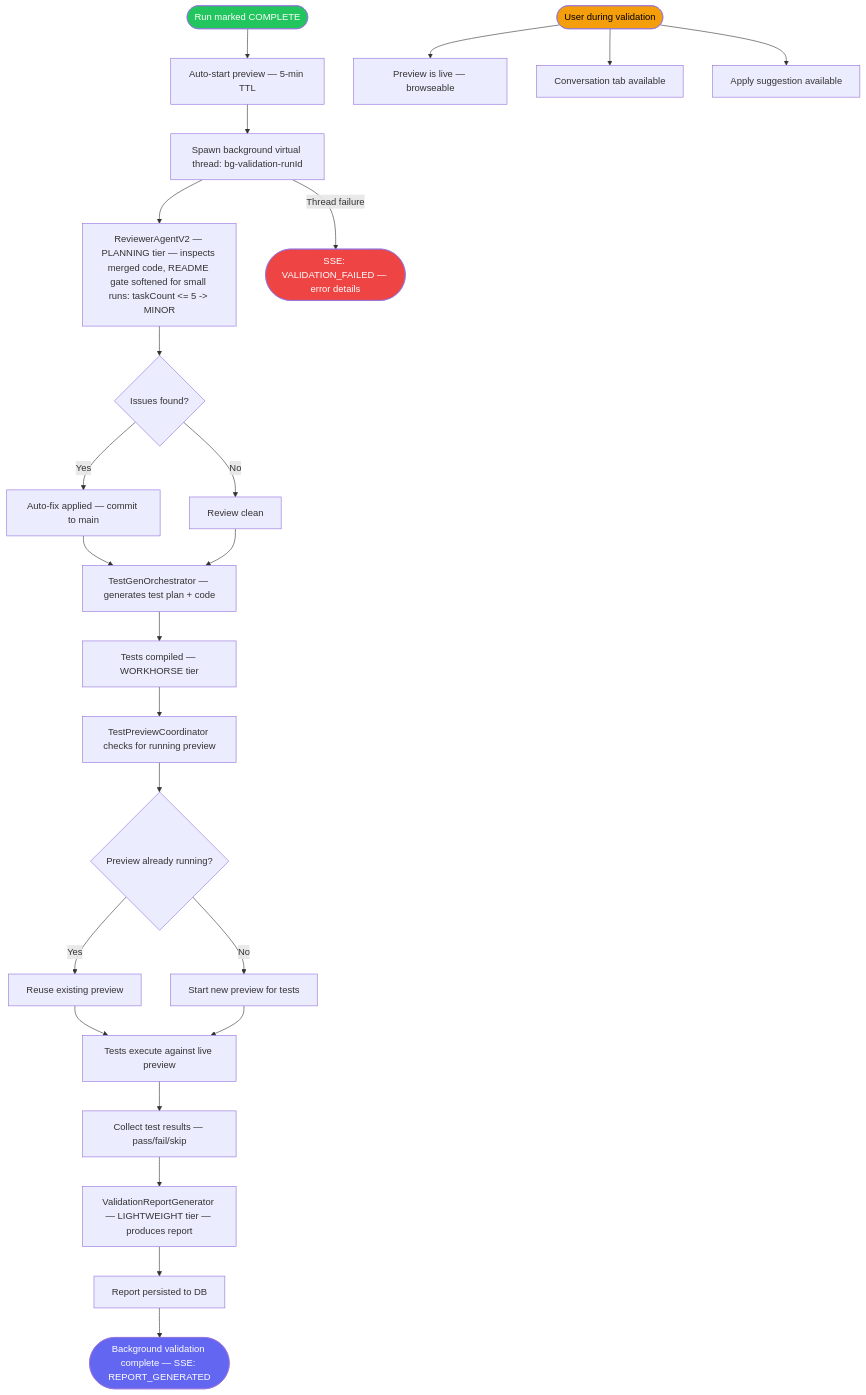
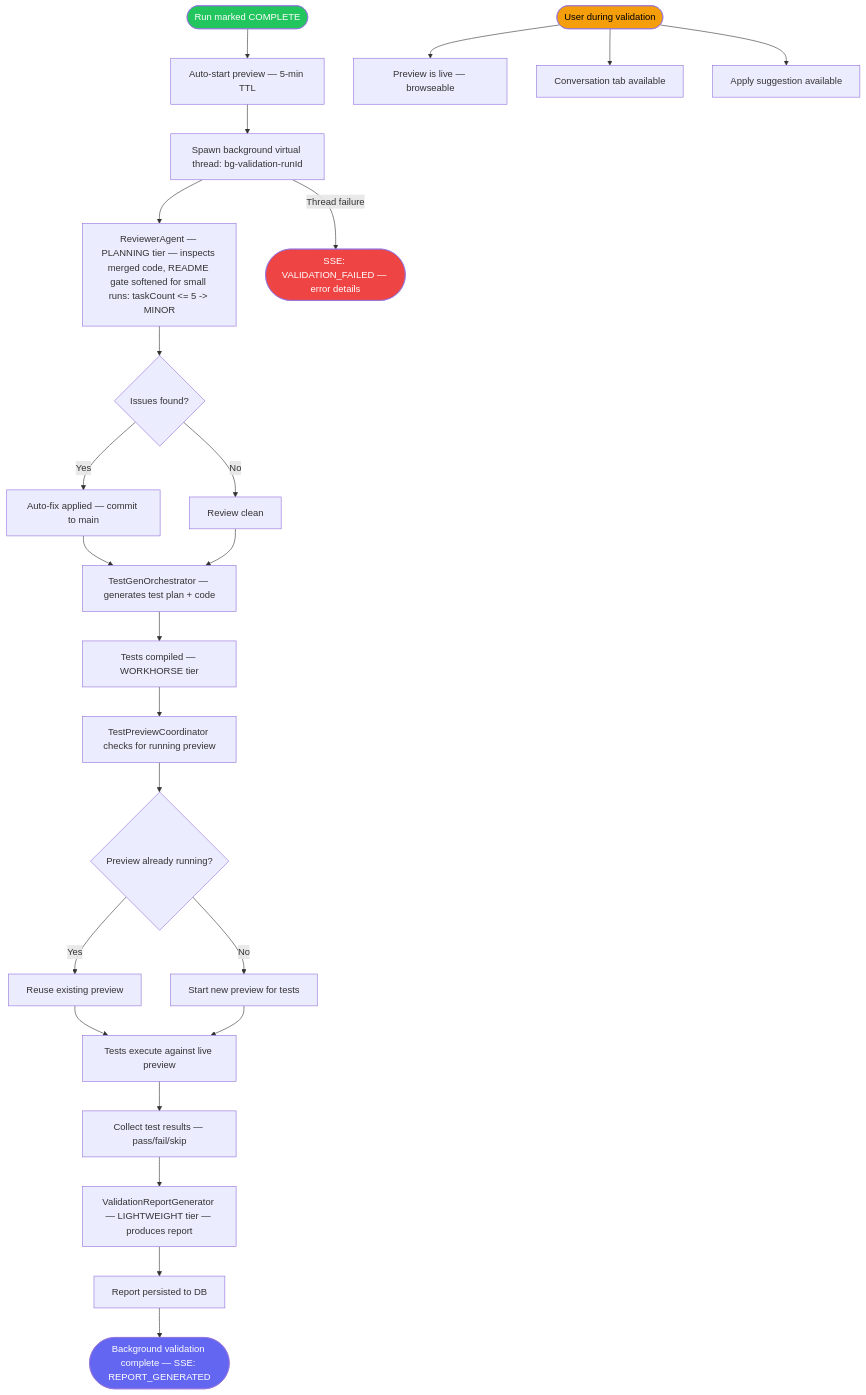
One commit to navneetprabhakar/executespec changed the third of 37 diagrams in docs/WORKFLOWS.md. Above: the diagram before and after it, drawn with Mermaid. The commit also changed other lines of this file and 33 other files, not shown here.

````diff
--- a/docs/WORKFLOWS.md
+++ b/docs/WORKFLOWS.md
@@ -195,32 +195,32 @@
 ```mermaid
 flowchart TD
     A([Run marked COMPLETE]) --> B[Auto-start preview — 5-min TTL]
     B --> C[Spawn background virtual thread: bg-validation-runId]
-    C --> D[ReviewerAgentV2 — PLANNING tier — inspects merged code, README gate softened for small runs: taskCount <= 5 -> MINOR]
+    C --> D[ReviewerAgent — PLANNING tier — inspects merged code, README gate softened for small runs: taskCount <= 5 -> MINOR]
     D --> E{Issues found?}
     E -->|Yes| F[Auto-fix applied — commit to main]
     E -->|No| G[Review clean]
     F --> H[TestGenOrchestrator — generates test plan + code]
     G --> H
     H --> I[Tests compiled — WORKHORSE tier]
     I --> J[TestPreviewCoordinator checks for running preview]
     J --> K{Preview already running?}
     K -->|Yes| L[Reuse existing preview]
     K -->|No| M[Start new preview for tests]
     L --> N[Tests execute against live preview]
     M --> N
     N --> O[Collect test results — pass/fail/skip]
     O --> P[ValidationReportGenerator — LIGHTWEIGHT tier — produces report]
     P --> Q[Report persisted to DB]
     Q --> R([Background validation complete — SSE: REPORT_GENERATED])
     C -->|Thread failure| R2([SSE: VALIDATION_FAILED — error details])
 
     S([User during validation]) --> T[Preview is live — browseable]
     S --> U[Conversation tab available]
     S --> V[Apply suggestion available]
 
     style A fill:#22c55e,color:#fff
     style R fill:#6366f1,color:#fff
     style R2 fill:#ef4444,color:#fff
     style S fill:#f59e0b,color:#000
 ```
````
